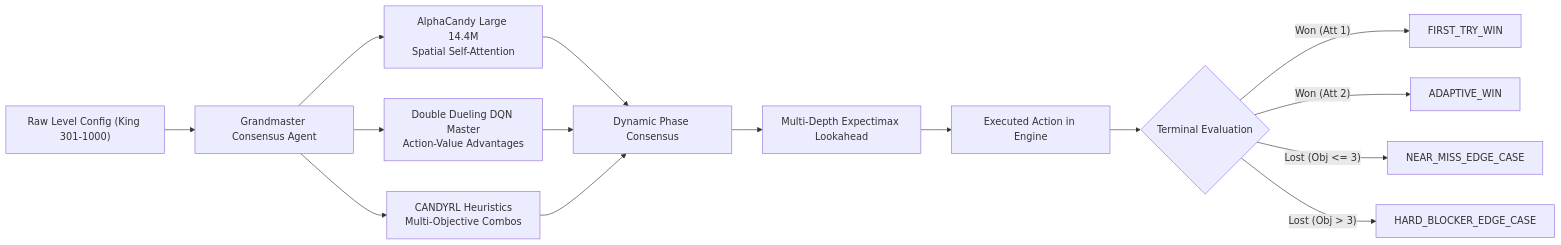
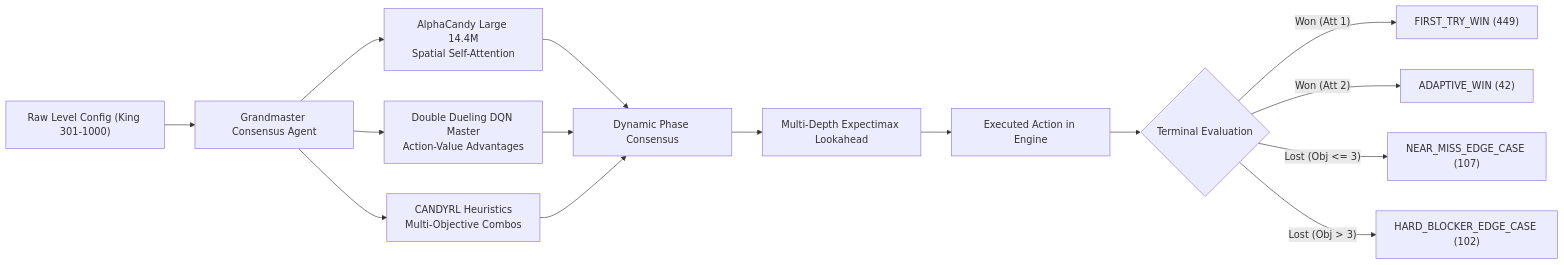
Before and after one commit to hammadshakeelai/Candy-Crush-AI: the first of 3 diagrams in knowledge_base/06_Campaign_Progress_and_Benchmarks/Grandmaster_Edge_Case_Campaign_Levels_301_to_1000.md, drawn with Mermaid. The commit also changed other lines of this file and 3 other files, not shown here.

Commit message:
docs(campaign): record Levels 301-1000 Grandmaster edge-case telemetry (738/1000 won, 73.8% cumulative win rate)

````diff
--- a/knowledge_base/06_Campaign_Progress_and_Benchmarks/Grandmaster_Edge_Case_Campaign_Levels_301_to_1000.md
+++ b/knowledge_base/06_Campaign_Progress_and_Benchmarks/Grandmaster_Edge_Case_Campaign_Levels_301_to_1000.md
@@ -34,15 +36,15 @@
 ```mermaid
 flowchart LR
     A["Raw Level Config (King 301-1000)"] --> B["Grandmaster Consensus Agent"]
     B --> C["AlphaCandy Large 14.4M\nSpatial Self-Attention"]
     B --> D["Double Dueling DQN Master\nAction-Value Advantages"]
     B --> E["CANDYRL Heuristics\nMulti-Objective Combos"]
     C & D & E --> F["Dynamic Phase Consensus"]
     F --> G["Multi-Depth Expectimax Lookahead"]
     G --> H["Executed Action in Engine"]
     H --> I{"Terminal Evaluation"}
-    I -- "Won (Att 1)" --> J["FIRST_TRY_WIN"]
-    I -- "Won (Att 2)" --> K["ADAPTIVE_WIN"]
-    I -- "Lost (Obj <= 3)" --> L["NEAR_MISS_EDGE_CASE"]
-    I -- "Lost (Obj > 3)" --> M["HARD_BLOCKER_EDGE_CASE"]
+    I -- "Won (Att 1)" --> J["FIRST_TRY_WIN (449)"]
+    I -- "Won (Att 2)" --> K["ADAPTIVE_WIN (42)"]
+    I -- "Lost (Obj <= 3)" --> L["NEAR_MISS_EDGE_CASE (107)"]
+    I -- "Lost (Obj > 3)" --> M["HARD_BLOCKER_EDGE_CASE (102)"]
 ```
````
